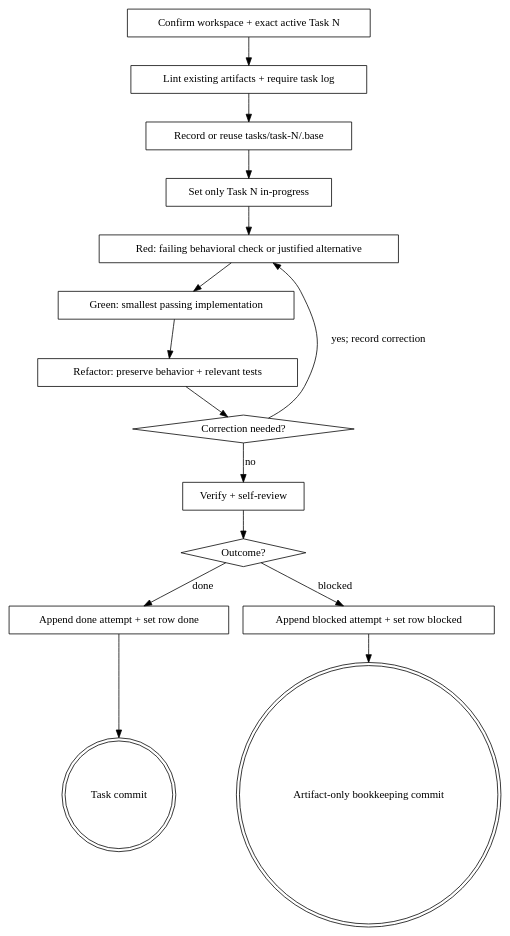
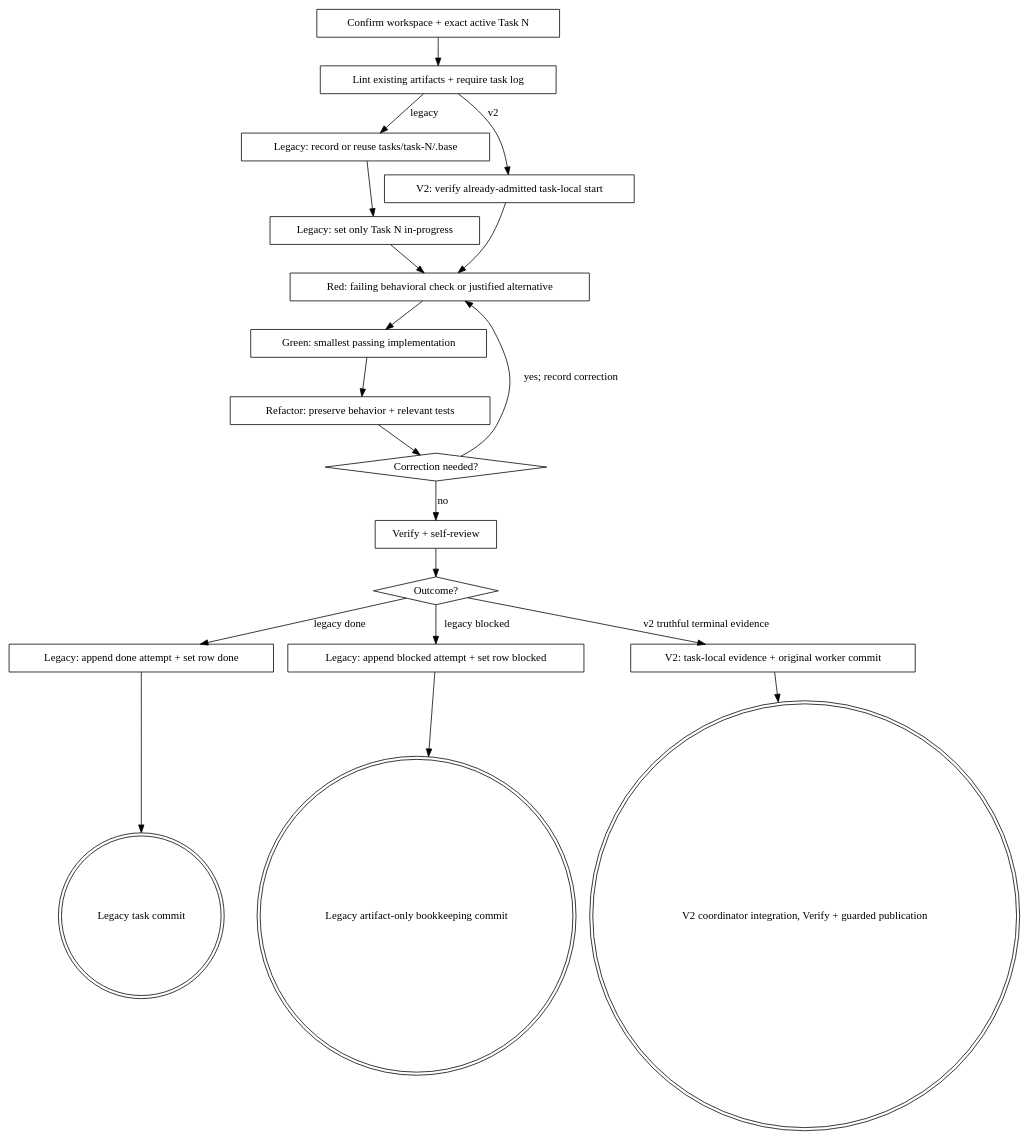
One commit to vialactea-works/kepler changed the diagram in skills/kepler-code/SKILL.md. Above: the diagram before and after it, drawn with Graphviz. The commit also changed other lines of this file and 22 other files, not shown here.

````diff
--- a/skills/kepler-code/SKILL.md
+++ b/skills/kepler-code/SKILL.md
@@ -380,33 +417,40 @@
 ```dot
 digraph kepler_code {
     "Confirm workspace + exact active Task N" [shape=box];
     "Lint existing artifacts + require task log" [shape=box];
-    "Record or reuse tasks/task-N/.base" [shape=box];
-    "Set only Task N in-progress" [shape=box];
+    "Legacy: record or reuse tasks/task-N/.base" [shape=box];
+    "Legacy: set only Task N in-progress" [shape=box];
+    "V2: verify already-admitted task-local start" [shape=box];
     "Red: failing behavioral check or justified alternative" [shape=box];
     "Green: smallest passing implementation" [shape=box];
     "Refactor: preserve behavior + relevant tests" [shape=box];
     "Correction needed?" [shape=diamond];
     "Verify + self-review" [shape=box];
     "Outcome?" [shape=diamond];
-    "Append done attempt + set row done" [shape=box];
-    "Append blocked attempt + set row blocked" [shape=box];
-    "Task commit" [shape=doublecircle];
-    "Artifact-only bookkeeping commit" [shape=doublecircle];
+    "Legacy: append done attempt + set row done" [shape=box];
+    "Legacy: append blocked attempt + set row blocked" [shape=box];
+    "Legacy task commit" [shape=doublecircle];
+    "Legacy artifact-only bookkeeping commit" [shape=doublecircle];
+    "V2: task-local evidence + original worker commit" [shape=box];
+    "V2 coordinator integration, Verify + guarded publication" [shape=doublecircle];
 
     "Confirm workspace + exact active Task N" -> "Lint existing artifacts + require task log";
-    "Lint existing artifacts + require task log" -> "Record or reuse tasks/task-N/.base";
-    "Record or reuse tasks/task-N/.base" -> "Set only Task N in-progress";
-    "Set only Task N in-progress" -> "Red: failing behavioral check or justified alternative";
+    "Lint existing artifacts + require task log" -> "Legacy: record or reuse tasks/task-N/.base" [label="legacy"];
+    "Legacy: record or reuse tasks/task-N/.base" -> "Legacy: set only Task N in-progress";
+    "Legacy: set only Task N in-progress" -> "Red: failing behavioral check or justified alternative";
+    "Lint existing artifacts + require task log" -> "V2: verify already-admitted task-local start" [label="v2"];
+    "V2: verify already-admitted task-local start" -> "Red: failing behavioral check or justified alternative";
     "Red: failing behavioral check or justified alternative" -> "Green: smallest passing implementation";
     "Green: smallest passing implementation" -> "Refactor: preserve behavior + relevant tests";
     "Refactor: preserve behavior + relevant tests" -> "Correction needed?";
     "Correction needed?" -> "Red: failing behavioral check or justified alternative" [label="yes; record correction"];
     "Correction needed?" -> "Verify + self-review" [label="no"];
     "Verify + self-review" -> "Outcome?";
-    "Outcome?" -> "Append done attempt + set row done" [label="done"];
-    "Outcome?" -> "Append blocked attempt + set row blocked" [label="blocked"];
-    "Append done attempt + set row done" -> "Task commit";
-    "Append blocked attempt + set row blocked" -> "Artifact-only bookkeeping commit";
+    "Outcome?" -> "Legacy: append done attempt + set row done" [label="legacy done"];
+    "Outcome?" -> "Legacy: append blocked attempt + set row blocked" [label="legacy blocked"];
+    "Legacy: append done attempt + set row done" -> "Legacy task commit";
+    "Legacy: append blocked attempt + set row blocked" -> "Legacy artifact-only bookkeeping commit";
+    "Outcome?" -> "V2: task-local evidence + original worker commit" [label="v2 truthful terminal evidence"];
+    "V2: task-local evidence + original worker commit" -> "V2 coordinator integration, Verify + guarded publication";
 }
 ```
````
